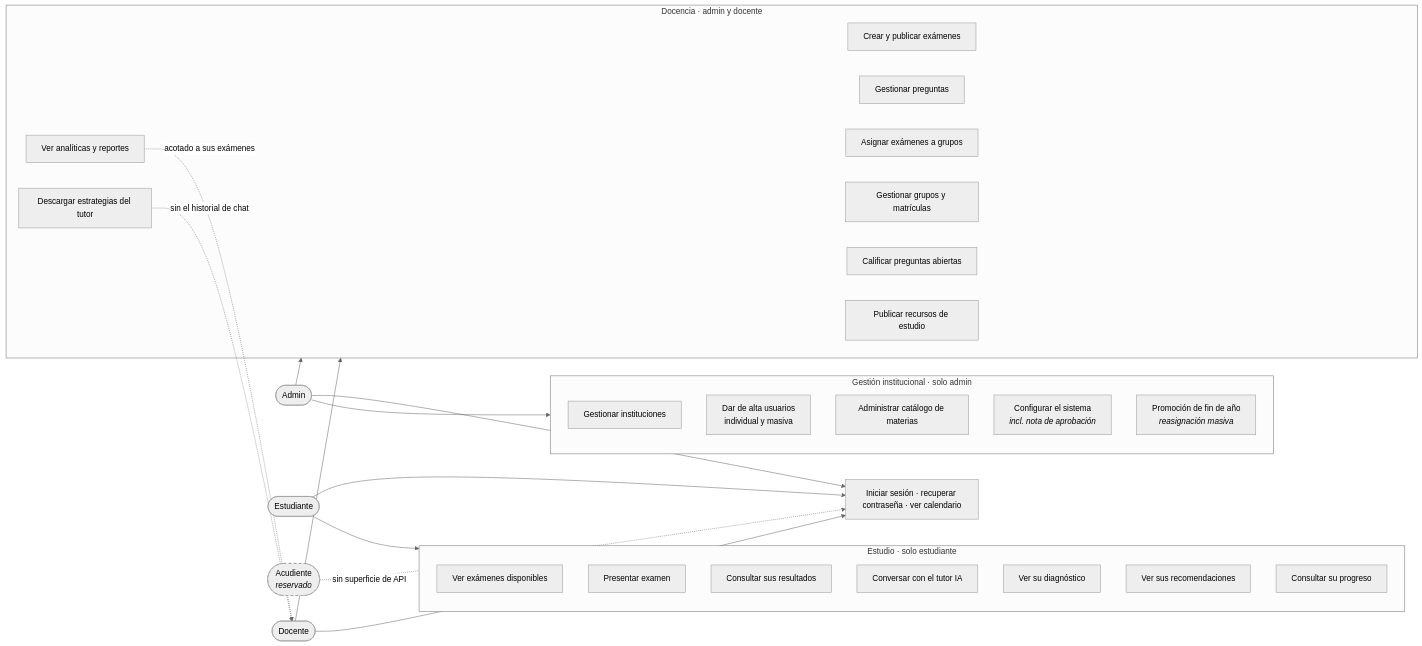
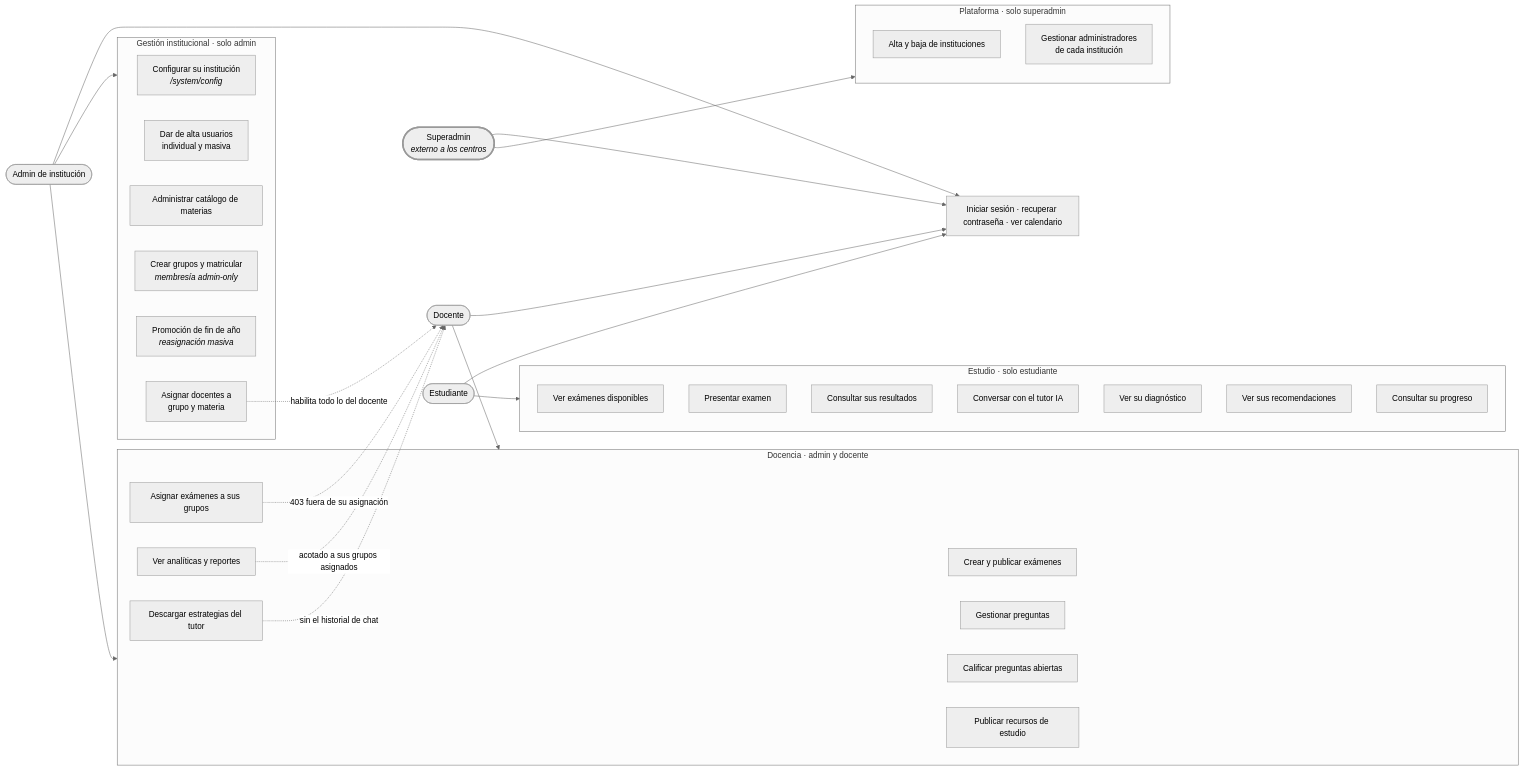
Diagram 15 of 16 in docs/DIAGRAMAS.md (Infil505/NeoEduCore-Back), drawn with Mermaid (neutral theme) before and after one commit. The commit also changed other lines of this file and 3 other files, not shown here.

````diff
--- a/docs/DIAGRAMAS.md
+++ b/docs/DIAGRAMAS.md
@@ -897,52 +973,60 @@
 ```mermaid
 flowchart LR
-    ADMIN(["Admin"])
+    SUPER(["Superadmin<br/><i>externo a los centros</i>"])
+    ADMIN(["Admin de institución"])
     DOCENTE(["Docente"])
     ALUMNO(["Estudiante"])
-    PARENT(["Acudiente<br/><i>reservado</i>"])
+
+    subgraph PLATAFORMA["Plataforma · solo superadmin"]
+        S1["Alta y baja de instituciones"]
+        S2["Gestionar administradores<br/>de cada institución"]
+    end
 
     subgraph GESTION["Gestión institucional · solo admin"]
-        U1["Gestionar instituciones"]
+        U1["Configurar su institución<br/><i>/system/config</i>"]
         U2["Dar de alta usuarios<br/>individual y masiva"]
         U3["Administrar catálogo de materias"]
-        U4["Configurar el sistema<br/><i>incl. nota de aprobación</i>"]
+        U4["Crear grupos y matricular<br/><i>membresía admin-only</i>"]
         U5["Promoción de fin de año<br/><i>reasignación masiva</i>"]
+        U21["Asignar docentes a<br/>grupo y materia"]
     end
 
     subgraph DOCENCIA["Docencia · admin y docente"]
         U6["Crear y publicar exámenes"]
         U7["Gestionar preguntas"]
-        U8["Asignar exámenes a grupos"]
-        U9["Gestionar grupos y matrículas"]
+        U8["Asignar exámenes a sus grupos"]
         U10["Calificar preguntas abiertas"]
         U11["Ver analíticas y reportes"]
         U12["Descargar estrategias del tutor"]
         U13["Publicar recursos de estudio"]
     end
 
     subgraph ESTUDIO["Estudio · solo estudiante"]
         U14["Ver exámenes disponibles"]
         U15["Presentar examen"]
         U16["Consultar sus resultados"]
         U17["Conversar con el tutor IA"]
         U18["Ver su diagnóstico"]
         U19["Ver sus recomendaciones"]
         U20["Consultar su progreso"]
     end
 
     COMUN["Iniciar sesión · recuperar contraseña · ver calendario"]
 
+    SUPER --> PLATAFORMA
     ADMIN --> GESTION
     ADMIN --> DOCENCIA
     DOCENTE --> DOCENCIA
     ALUMNO --> ESTUDIO
+    SUPER --> COMUN
     ADMIN --> COMUN
     DOCENTE --> COMUN
     ALUMNO --> COMUN
-    PARENT -.->|"sin superficie de API"| COMUN
 
-    U11 -.->|"acotado a sus exámenes"| DOCENTE
+    U11 -.->|"acotado a sus grupos asignados"| DOCENTE
     U12 -.->|"sin el historial de chat"| DOCENTE
+    U8 -.->|"403 fuera de su asignación"| DOCENTE
+    U21 -.->|"habilita todo lo del docente"| DOCENTE
 
-    style PARENT stroke-dasharray: 5 5
+    style SUPER stroke-width:3px
 ```
````
